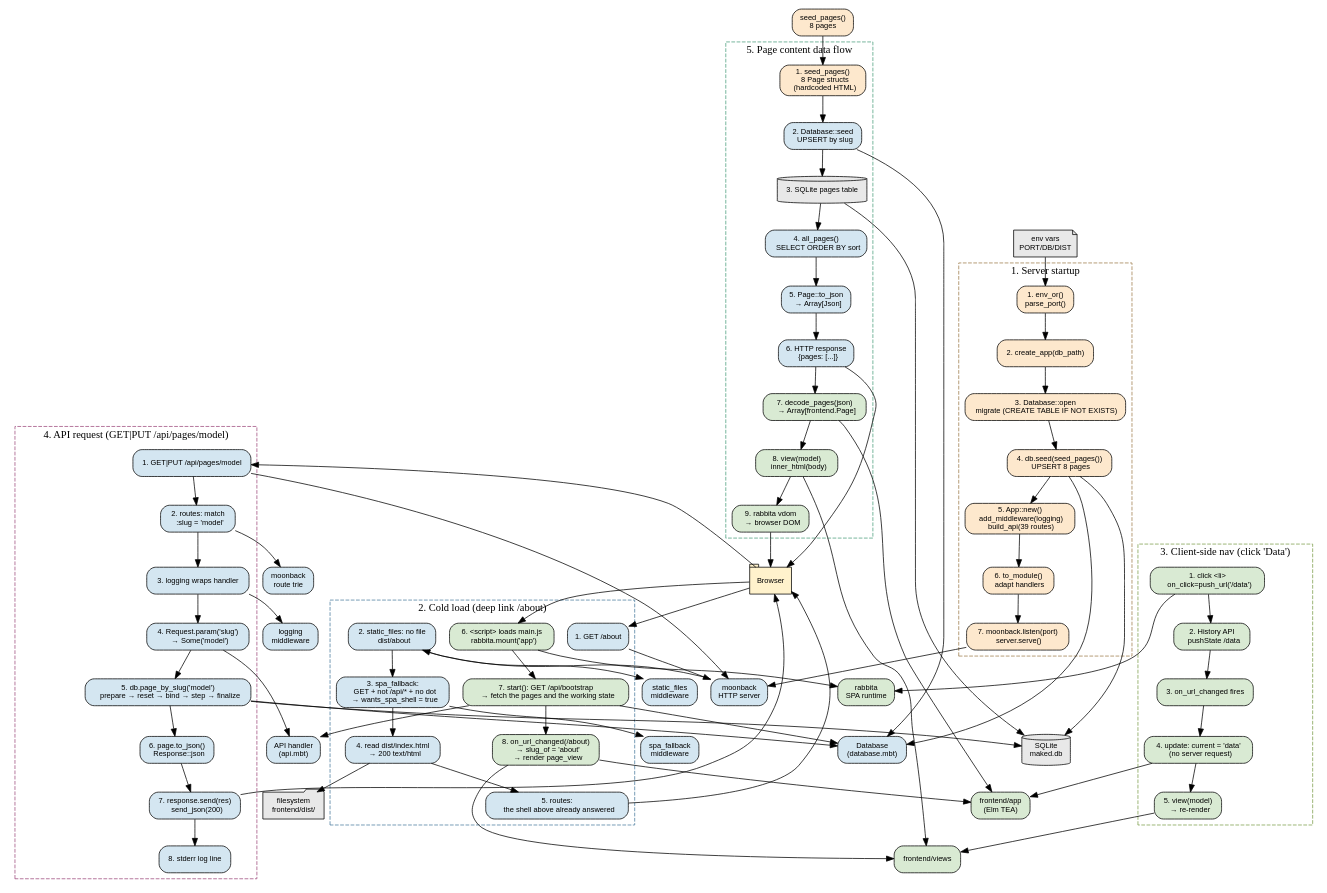
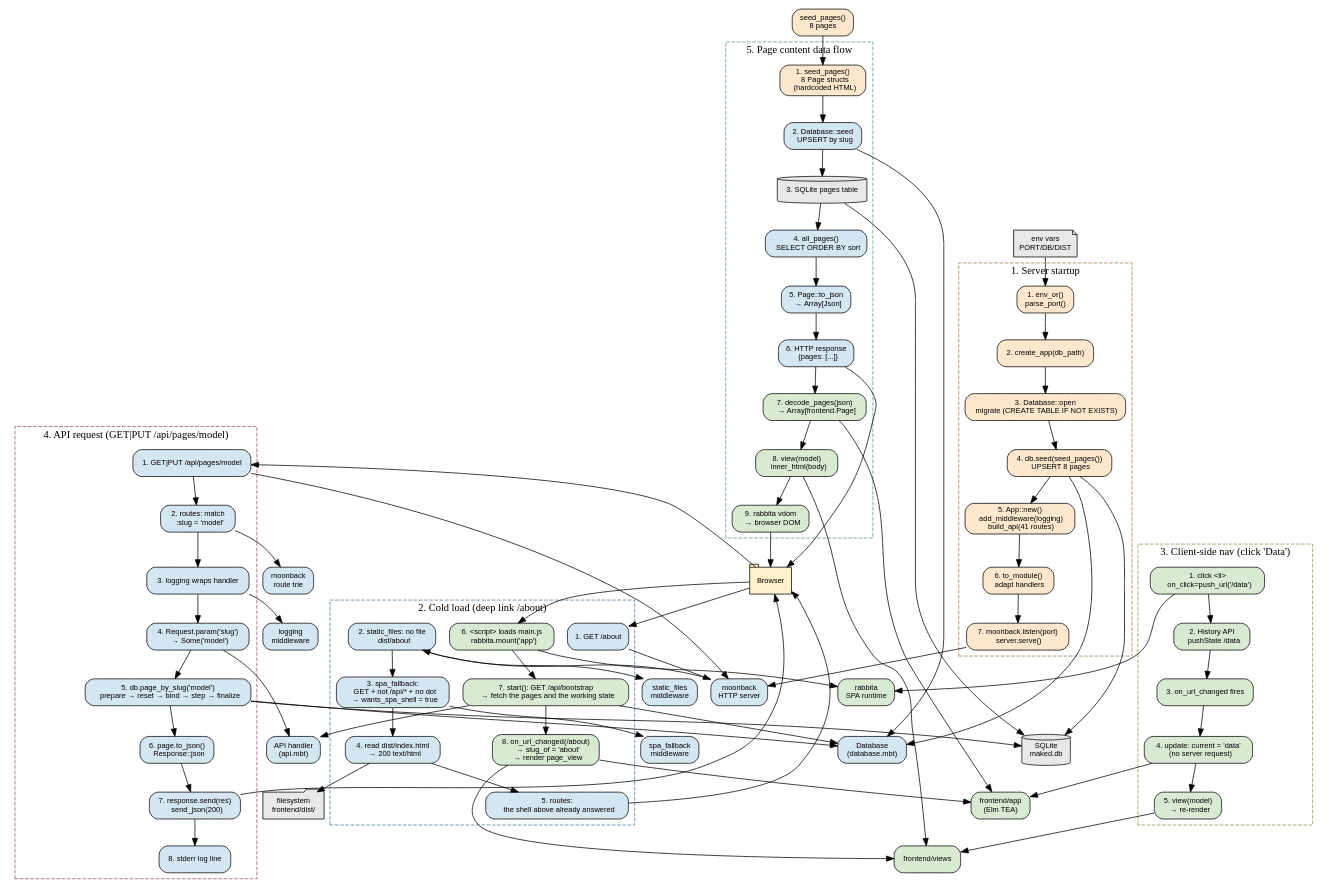
One commit to riantr/MAKED changed the diagram in architecture/flows.dot. Above: the diagram before and after it, drawn with Graphviz. The commit also changed 28 other files, not shown here.

```diff
--- a/architecture/flows.dot
+++ b/architecture/flows.dot
@@ -1,176 +1,176 @@
 // MAKED Flow Graph &mdash; Graphviz DOT
 // Skill: flow-visualizer + graphviz
 //
 // Shows the five key flows: startup, cold load, client nav, API request,
 // and data flow. Each flow is a subgraph with numbered steps.
 // Render: dot -Tsvg flows.dot -o flows.svg
 
 digraph maked_flows {
   rankdir=TB
   node [shape=box, style="rounded,filled", fontname="Helvetica", fontsize=10]
   edge [fontname="Helvetica", fontsize=8]
 
   // --- Shared nodes ---
   browser [label="Browser", shape=tab, fillcolor="#fff2cc"]
   moonback [label="moonback\nHTTP server", fillcolor="#d4e6f1"]
   router [label="moonback\nroute trie", fillcolor="#d4e6f1"]
   logging [label="logging\nmiddleware", fillcolor="#d4e6f1"]
   spa_fb [label="spa_fallback\nmiddleware", fillcolor="#d4e6f1"]
   static_mw [label="static_files\nmiddleware", fillcolor="#d4e6f1"]
   api_handler [label="API handler\n(api.mbt)", fillcolor="#d4e6f1"]
   db [label="Database\n(database.mbt)", fillcolor="#d4e6f1"]
   sqlite [label="SQLite\nmaked.db", shape=cylinder, fillcolor="#e8e8e8"]
   fs [label="filesystem\nfrontend/dist/", shape=folder, fillcolor="#e8e8e8"]
   rabbita [label="rabbita\nSPA runtime", fillcolor="#d9ead3"]
   frontend_app [label="frontend/app\n(Elm TEA)", fillcolor="#d9ead3"]
   frontend_views [label="frontend/views", fillcolor="#d9ead3"]
   seed_data [label="seed_pages()\n8 pages", fillcolor="#fde8cd"]
   env [label="env vars\nPORT/DB/DIST", shape=note, fillcolor="#e8e8e8"]
 
   // ========== Flow 1: Server startup ==========
   subgraph cluster_startup {
     label="1. Server startup"
     style=dashed
     color="#9e7c4a"
 
     s1 [label="1. env_or()\nparse_port()", fillcolor="#fde8cd"]
     s2 [label="2. create_app(db_path)", fillcolor="#fde8cd"]
     s3 [label="3. Database::open\n  migrate (CREATE TABLE IF NOT EXISTS)", fillcolor="#fde8cd"]
     s4 [label="4. db.seed(seed_pages())\n  UPSERT 8 pages", fillcolor="#fde8cd"]
-    s5 [label="5. App::new()\n  add_middleware(logging)\n  build_api(39 routes)", fillcolor="#fde8cd"]
+    s5 [label="5. App::new()\n  add_middleware(logging)\n  build_api(41 routes)", fillcolor="#fde8cd"]
     s6 [label="6. to_module()\n  adapt handlers", fillcolor="#fde8cd"]
     s7 [label="7. moonback.listen(port)\n  server.serve()", fillcolor="#fde8cd"]
   }
 
   env -> s1
   s1 -> s2
   s2 -> s3
   s3 -> s4
   s4 -> db
   s4 -> sqlite
   s4 -> s5
   s5 -> s6
   s6 -> s7
   s7 -> moonback
 
   // ========== Flow 2: Cold load (deep link) ==========
   subgraph cluster_cold {
     label="2. Cold load (deep link /about)"
     style=dashed
     color="#4a7c9e"
 
     c1 [label="1. GET /about", fillcolor="#d4e6f1"]
     c2 [label="2. static_files: no file\n   dist/about", fillcolor="#d4e6f1"]
     c3 [label="3. spa_fallback:\n   GET + not /api/* + no dot\n   → wants_spa_shell = true", fillcolor="#d4e6f1"]
     c4 [label="4. read dist/index.html\n   → 200 text/html", fillcolor="#d4e6f1"]
     c5 [label="5. routes:\n   the shell above already answered", fillcolor="#d4e6f1"]
     c6 [label="6. <script> loads main.js\n   rabbita.mount('app')", fillcolor="#d9ead3"]
     c7 [label="7. start(): GET /api/bootstrap\n   → fetch the pages and the working state", fillcolor="#d9ead3"]
     c8 [label="8. on_url_changed(/about)\n   → slug_of = 'about'\n   → render page_view", fillcolor="#d9ead3"]
   }
 
   browser -> c1
   c1 -> moonback
   moonback -> c2
   c2 -> static_mw
   c2 -> c3
   c3 -> spa_fb
   c3 -> c4
   c4 -> fs
   c4 -> c5
   c5 -> browser
   browser -> c6
   c6 -> rabbita
   c6 -> c7
   c7 -> api_handler
   c7 -> db
   c7 -> c8
   c8 -> frontend_app
   c8 -> frontend_views
 
   // ========== Flow 3: Client-side navigation ==========
   subgraph cluster_nav {
     label="3. Client-side nav (click 'Data')"
     style=dashed
     color="#7c9e4a"
 
     n1 [label="1. click <li>\n   on_click=push_url('/data')", fillcolor="#d9ead3"]
     n2 [label="2. History API\n   pushState /data", fillcolor="#d9ead3"]
     n3 [label="3. on_url_changed fires", fillcolor="#d9ead3"]
     n4 [label="4. update: current = 'data'\n   (no server request)", fillcolor="#d9ead3"]
     n5 [label="5. view(model)\n   → re-render", fillcolor="#d9ead3"]
   }
 
   n1 -> rabbita
   n1 -> n2
   n2 -> n3
   n3 -> n4
   n4 -> frontend_app
   n4 -> n5
   n5 -> frontend_views
 
   // ========== Flow 4: API request ==========
   subgraph cluster_api {
     label="4. API request (GET|PUT /api/pages/model)"
     style=dashed
     color="#9e4a7c"
 
     a1 [label="1. GET|PUT /api/pages/model", fillcolor="#d4e6f1"]
     a2 [label="2. routes: match\n   :slug = 'model'", fillcolor="#d4e6f1"]
     a3 [label="3. logging wraps handler", fillcolor="#d4e6f1"]
     a4 [label="4. Request.param('slug')\n   → Some('model')", fillcolor="#d4e6f1"]
     a5 [label="5. db.page_by_slug('model')\n   prepare → reset → bind → step → finalize", fillcolor="#d4e6f1"]
     a6 [label="6. page.to_json()\n   Response::json", fillcolor="#d4e6f1"]
     a7 [label="7. response.send(res)\n   send_json(200)", fillcolor="#d4e6f1"]
     a8 [label="8. stderr log line", fillcolor="#d4e6f1"]
   }
 
   browser -> a1
   a1 -> moonback
   a1 -> a2
   a2 -> router
   a2 -> a3
   a3 -> logging
   a3 -> a4
   a4 -> api_handler
   a4 -> a5
   a5 -> db
   a5 -> sqlite
   a5 -> a6
   a6 -> a7
   a7 -> browser
   a7 -> a8
 
   // ========== Flow 5: Data flow ==========
   subgraph cluster_data {
     label="5. Page content data flow"
     style=dashed
     color="#4a9e7c"
 
     d1 [label="1. seed_pages()\n   8 Page structs\n   (hardcoded HTML)", fillcolor="#fde8cd"]
     d2 [label="2. Database::seed\n   UPSERT by slug", fillcolor="#d4e6f1"]
     d3 [label="3. SQLite pages table", shape=cylinder, fillcolor="#e8e8e8"]
     d4 [label="4. all_pages()\n   SELECT ORDER BY sort", fillcolor="#d4e6f1"]
     d5 [label="5. Page::to_json\n   → Array[Json]", fillcolor="#d4e6f1"]
     d6 [label="6. HTTP response\n   {pages: [...]}", fillcolor="#d4e6f1"]
     d7 [label="7. decode_pages(json)\n   → Array[frontend.Page]", fillcolor="#d9ead3"]
     d8 [label="8. view(model)\n   inner_html(body)", fillcolor="#d9ead3"]
     d9 [label="9. rabbita vdom\n   → browser DOM", fillcolor="#d9ead3"]
   }
 
   seed_data -> d1
   d1 -> d2
   d2 -> db
   d2 -> d3
   d3 -> sqlite
   d3 -> d4
   d4 -> d5
   d5 -> d6
   d6 -> browser
   d6 -> d7
   d7 -> frontend_app
   d7 -> d8
   d8 -> frontend_views
   d8 -> d9
   d9 -> browser
 }
```
